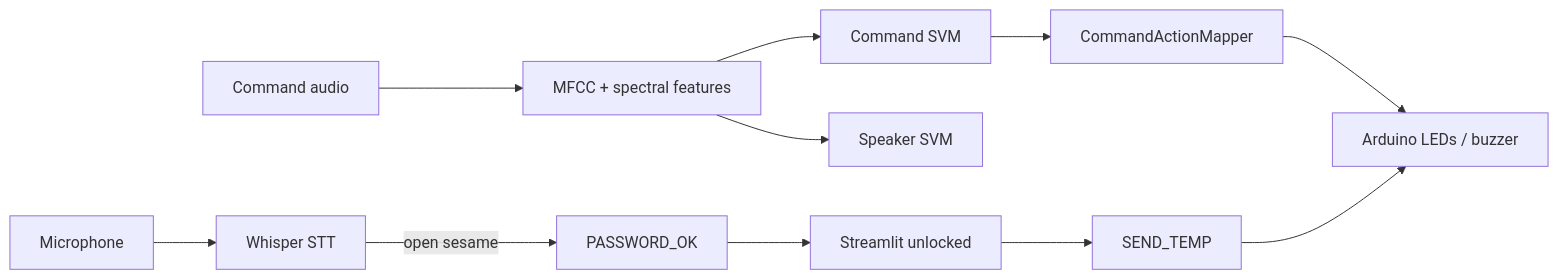
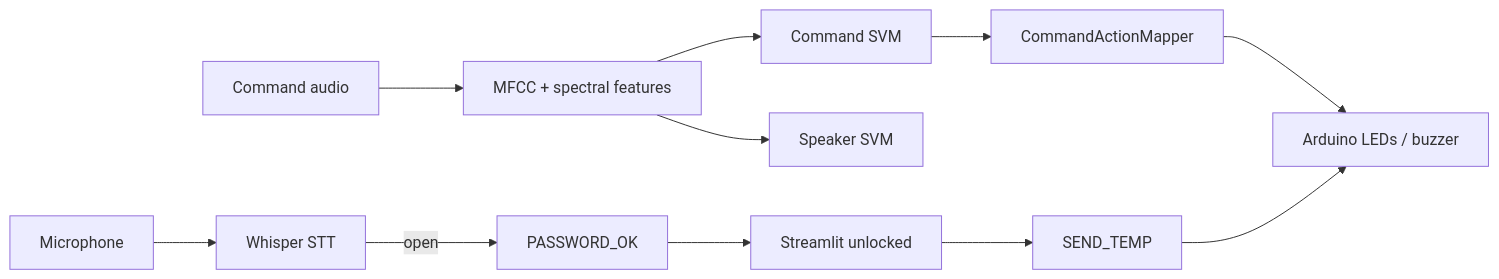
The diagram in README.md (abdlrhmanv/smart-home-voice-control), drawn with Mermaid before and after one commit. The commit also changed other lines of this file and 5 other files, not shown here.

Commit message:
Change voice password phrase to open.

````diff
--- a/README.md
+++ b/README.md
@@ -52,13 +52,13 @@
 ```mermaid
 flowchart LR
   Mic[Microphone] --> STT[Whisper STT]
-  STT -->|open sesame| Gate[PASSWORD_OK]
+  STT -->|open| Gate[PASSWORD_OK]
   Gate --> UI[Streamlit unlocked]
   Mic2[Command audio] --> Feat[MFCC + spectral features]
   Feat --> Spk[Speaker SVM]
   Feat --> Cmd[Command SVM]
   Cmd --> Map[CommandActionMapper]
   Map --> Ard[Arduino LEDs / buzzer]
   UI --> Temp[SEND_TEMP]
   Temp --> Ard
 ```
````
